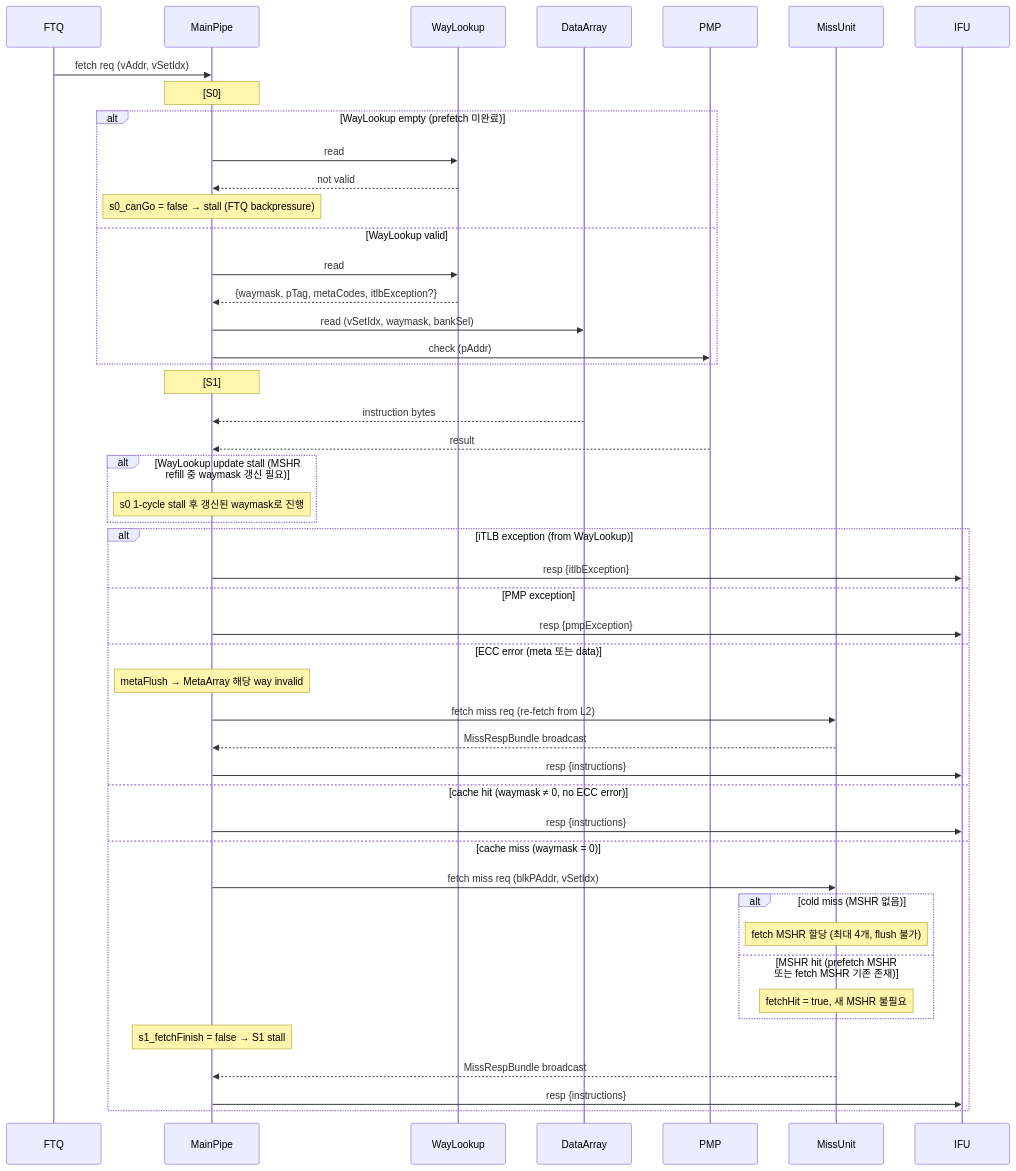
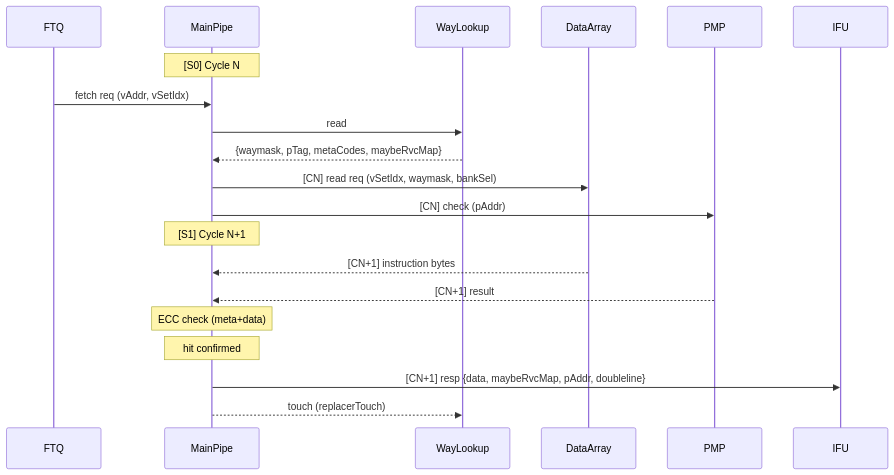
Before and after one commit to cinkeun/CPU_XS_02172026: the third of 5 diagrams in src/main/scala/xiangshan/frontend/doc/icache_analysis.md, drawn with Mermaid. The commit also changed other lines of this file, not shown here.

````diff
--- a/src/main/scala/xiangshan/frontend/doc/icache_analysis.md
+++ b/src/main/scala/xiangshan/frontend/doc/icache_analysis.md
@@ -991,58 +689,24 @@
 ```mermaid
 sequenceDiagram
     participant FTQ
     participant MP as MainPipe
     participant WL as WayLookup
     participant Data as DataArray
     participant PMP
-    participant MU as MissUnit
     participant IFU
 
+    Note over MP: [S0] Cycle N
     FTQ ->> MP: fetch req (vAddr, vSetIdx)
+    MP ->> WL: read
+    WL -->> MP: {waymask, pTag, metaCodes, maybeRvcMap}
+    MP ->> Data: [CN] read req (vSetIdx, waymask, bankSel)
+    MP ->> PMP: [CN] check (pAddr)
 
-    Note over MP: [S0]
-
-    alt WayLookup empty (prefetch 미완료)
-        MP ->> WL: read
-        WL -->> MP: not valid
-        Note over MP: s0_canGo = false → stall (FTQ backpressure)
-    else WayLookup valid
-        MP ->> WL: read
-        WL -->> MP: {waymask, pTag, metaCodes, itlbException?}
-        MP ->> Data: read (vSetIdx, waymask, bankSel)
-        MP ->> PMP: check (pAddr)
-    end
-
-    Note over MP: [S1]
-    Data -->> MP: instruction bytes
-    PMP -->> MP: result
-
-    alt WayLookup update stall (MSHR refill 중 waymask 갱신 필요)
-        Note over MP: s0 1-cycle stall 후 갱신된 waymask로 진행
-    end
-
-    alt iTLB exception (from WayLookup)
-        MP ->> IFU: resp {itlbException}
-    else PMP exception
-        MP ->> IFU: resp {pmpException}
-    else ECC error (meta 또는 data)
-        Note over MP: metaFlush → MetaArray 해당 way invalid
-        MP ->> MU: fetch miss req (re-fetch from L2)
-        MU -->> MP: MissRespBundle broadcast
-        MP ->> IFU: resp {instructions}
-    else cache hit (waymask ≠ 0, no ECC error)
-        MP ->> IFU: resp {instructions}
-    else cache miss (waymask = 0)
-        MP ->> MU: fetch miss req (blkPAddr, vSetIdx)
-
-        alt cold miss (MSHR 없음)
-            Note over MU: fetch MSHR 할당 (최대 4개, flush 불가)
-        else MSHR hit (prefetch MSHR 또는 fetch MSHR 기존 존재)
-            Note over MU: fetchHit = true, 새 MSHR 불필요
-        end
-
-        Note over MP: s1_fetchFinish = false → S1 stall
-        MU -->> MP: MissRespBundle broadcast
-        MP ->> IFU: resp {instructions}
-    end
+    Note over MP: [S1] Cycle N+1
+    Data -->> MP: [CN+1] instruction bytes
+    PMP -->> MP: [CN+1] result
+    Note over MP: ECC check (meta+data)
+    Note over MP: hit confirmed
+    MP ->> IFU: [CN+1] resp {data, maybeRvcMap, pAddr, doubleline}
+    MP -->> WL: touch (replacerTouch)
 ```
````
